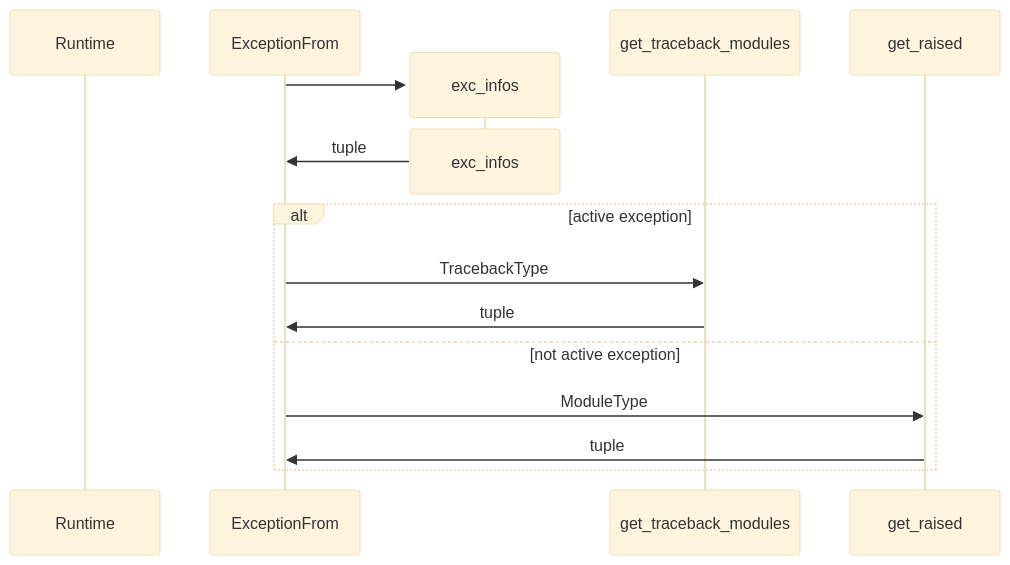
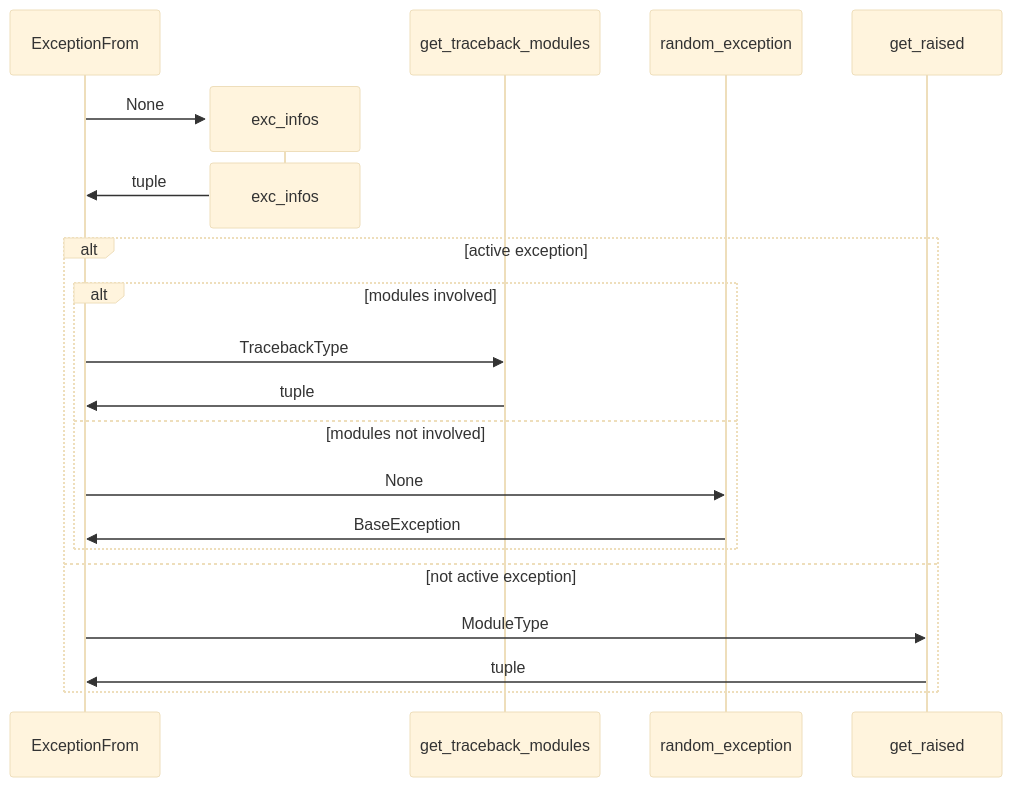
One commit to wfatherley/exceptlib changed the diagram in docs/source/sequence_diagrams.rst. Above: the diagram before and after it, drawn with Mermaid (base theme). The commit also changed other lines of this file, not shown here.

Commit message:
tidy up first sequence diagram

```diff
--- a/docs/source/sequence_diagrams.rst
+++ b/docs/source/sequence_diagrams.rst
@@ -11,16 +10,20 @@
 .. mermaid::
 
     sequenceDiagram
-        create participant Runtime
         create participant ExceptionFrom
         create participant exc_infos
-        ExceptionFrom->>exc_infos:
+        ExceptionFrom->>exc_infos: None
         destroy exc_infos
         exc_infos->>ExceptionFrom: tuple
         alt active exception
-            ExceptionFrom->>get_traceback_modules: TracebackType
-            get_traceback_modules->>ExceptionFrom: tuple
+            alt modules involved
+                ExceptionFrom->>get_traceback_modules: TracebackType
+                get_traceback_modules->>ExceptionFrom: tuple
+            else modules not involved
+                ExceptionFrom->>random_exception: None
+                random_exception->>ExceptionFrom: BaseException
+            end
         else not active exception
             ExceptionFrom->>get_raised: ModuleType
             get_raised->>ExceptionFrom: tuple
         end
```
